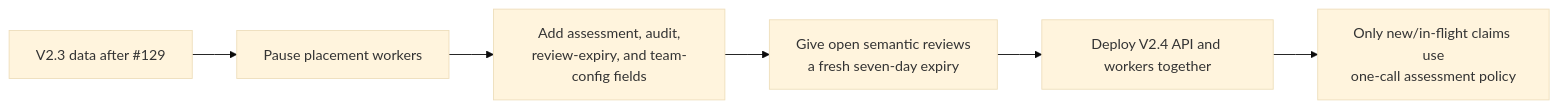
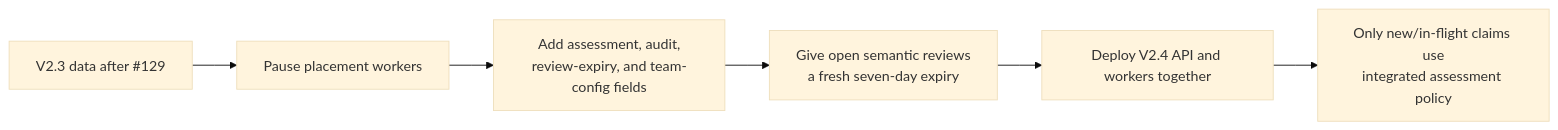
The ninth of 12 diagrams in Data-Model-And-Storage.md (markhuangai/dense-mem), drawn with Mermaid (base theme) before and after one commit. The commit also changed other lines of this file and 18 other files, not shown here.

````diff
--- a/Data-Model-And-Storage.md
+++ b/Data-Model-And-Storage.md
@@ -526,9 +526,9 @@
 ```mermaid
 %%{init: {"flowchart": {"curve": "linear"}}}%%
 flowchart LR
   Baseline["V2.3 data after #129"] --> Pause["Pause placement workers"]
   Pause --> Additive["Add assessment, audit,<br/>review-expiry, and team-config fields"]
   Additive --> TTL["Give open semantic reviews<br/>a fresh seven-day expiry"]
   TTL --> Deploy["Deploy V2.4 API and workers together"]
-  Deploy --> New["Only new/in-flight claims use<br/>one-call assessment policy"]
+  Deploy --> New["Only new/in-flight claims use<br/>integrated assessment policy"]
 ```
````
